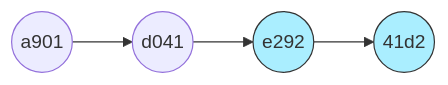
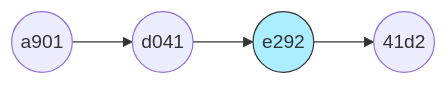
Before and after one commit to sugitlab/git_workshop_slidev: diagram 25 of 36 in slides.md, drawn with Mermaid. The commit also changed other lines of this file, not shown here.

````diff
--- a/slides.md
+++ b/slides.md
@@ -1750,10 +1833,9 @@
 ```mermaid
 graph LR
   d01((a901))
   d02((d041))
   d03((e292))
   d04((41d2))
   style d03 fill:#aef,stroke:#333,stroke-width:1px
-  style d04 fill:#aef,stroke:#333,stroke-width:1px
   d01 --> d02 --> d03 --> d04
 ```
````
